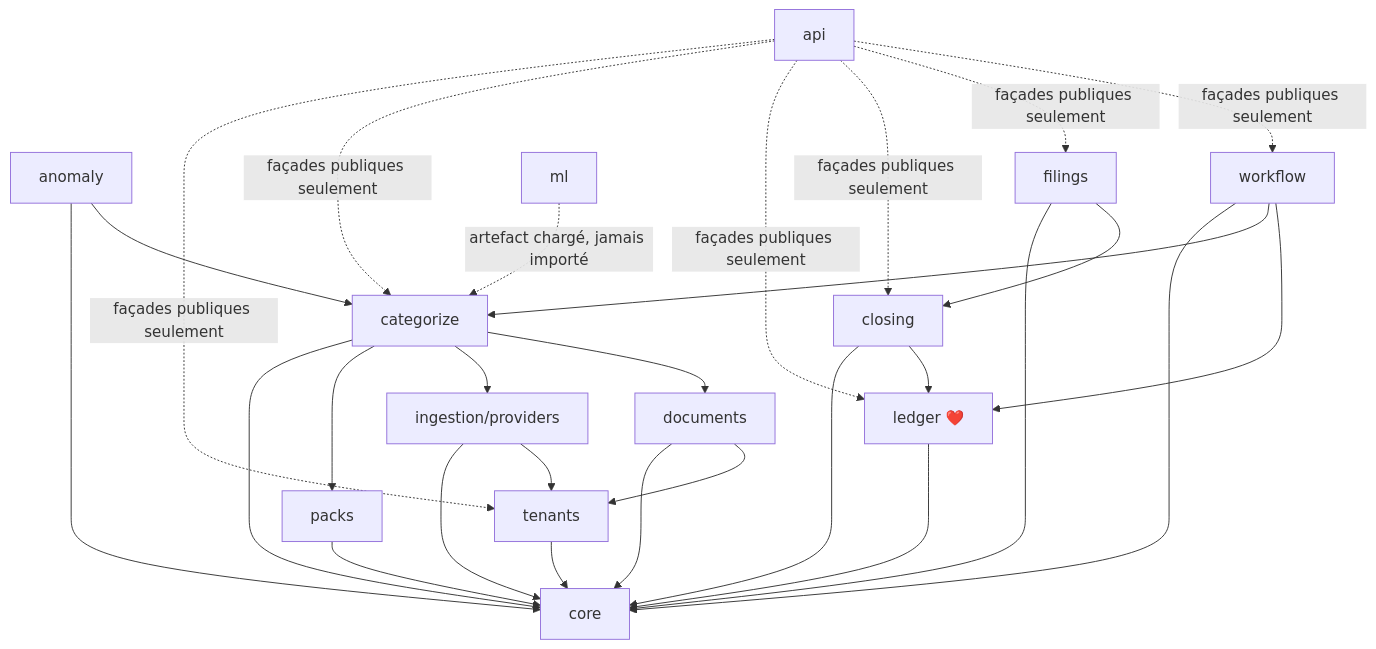
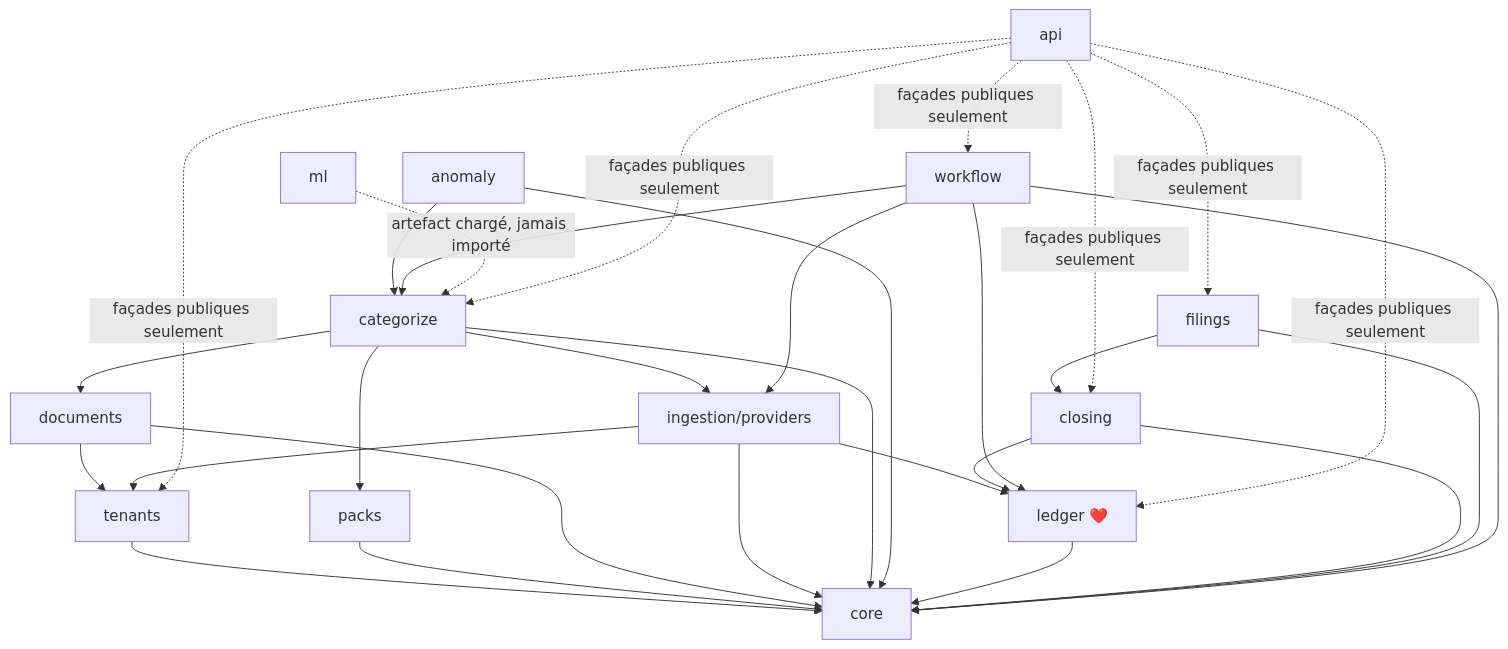
Before and after one commit to presidentaxel/AxelCompta: the diagram in docs/18-organisation-code.md, drawn with Mermaid. The commit also changed other lines of this file and 28 other files, not shown here.

````diff
--- a/docs/18-organisation-code.md
+++ b/docs/18-organisation-code.md
@@ -46,31 +46,33 @@
 ```mermaid
 graph TD
     core["core"]
     tenants["tenants"] --> core
     packs["packs"] --> core
     documents["documents"] --> core
     documents --> tenants
     ingestion["ingestion/providers"] --> core
     ingestion --> tenants
+    ingestion --> ledger
     categorize["categorize"] --> core
     categorize --> packs
     categorize --> ingestion
     categorize --> documents
     anomaly["anomaly"] --> core
     anomaly --> categorize
     ledger["ledger ❤️"] --> core
     closing["closing"] --> core
     closing --> ledger
     filings["filings"] --> core
     filings --> closing
     workflow["workflow"] --> core
     workflow --> categorize
+    workflow --> ingestion
     workflow --> ledger
     ml["ml"] -. artefact chargé, jamais importé .-> categorize
     api["api"] -. façades publiques seulement .-> tenants
     api -. façades publiques seulement .-> categorize
     api -. façades publiques seulement .-> ledger
     api -. façades publiques seulement .-> closing
     api -. façades publiques seulement .-> filings
     api -. façades publiques seulement .-> workflow
 ```
````
